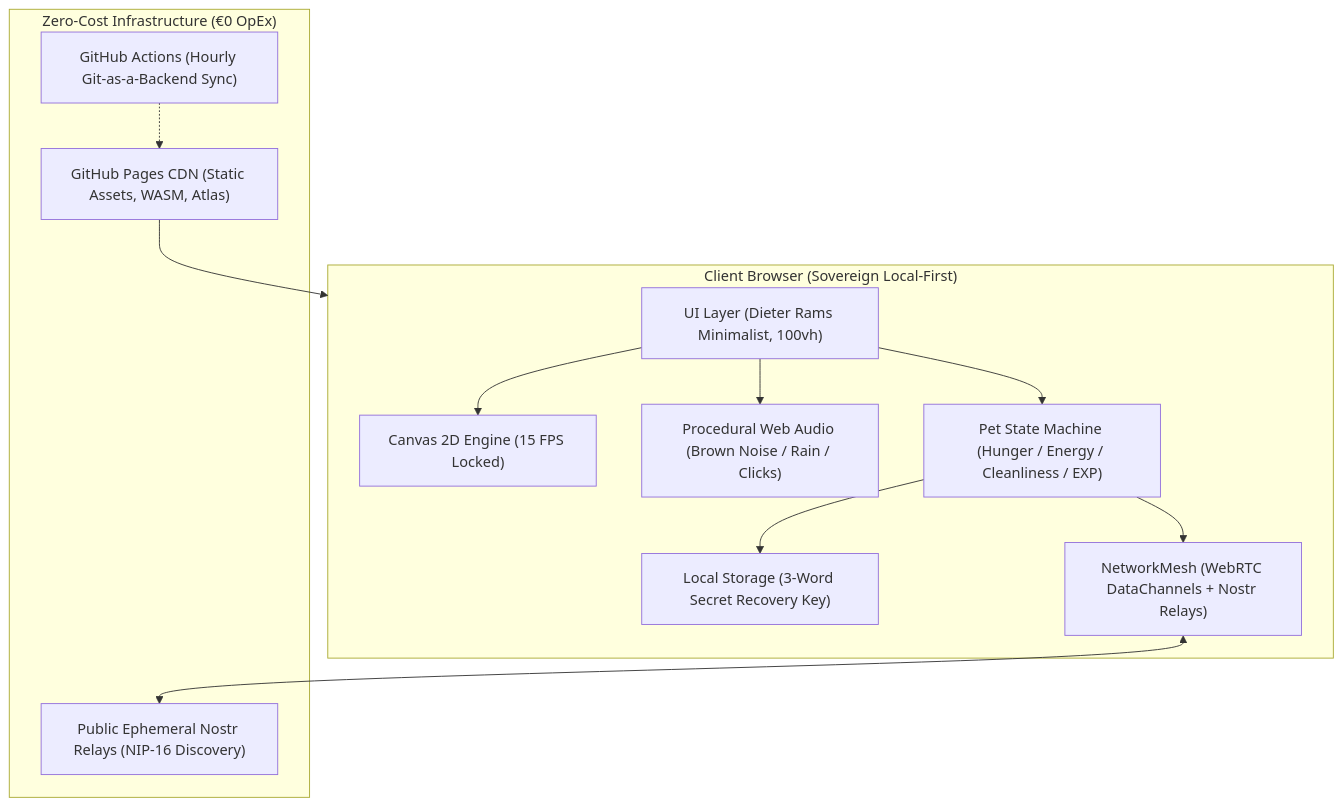
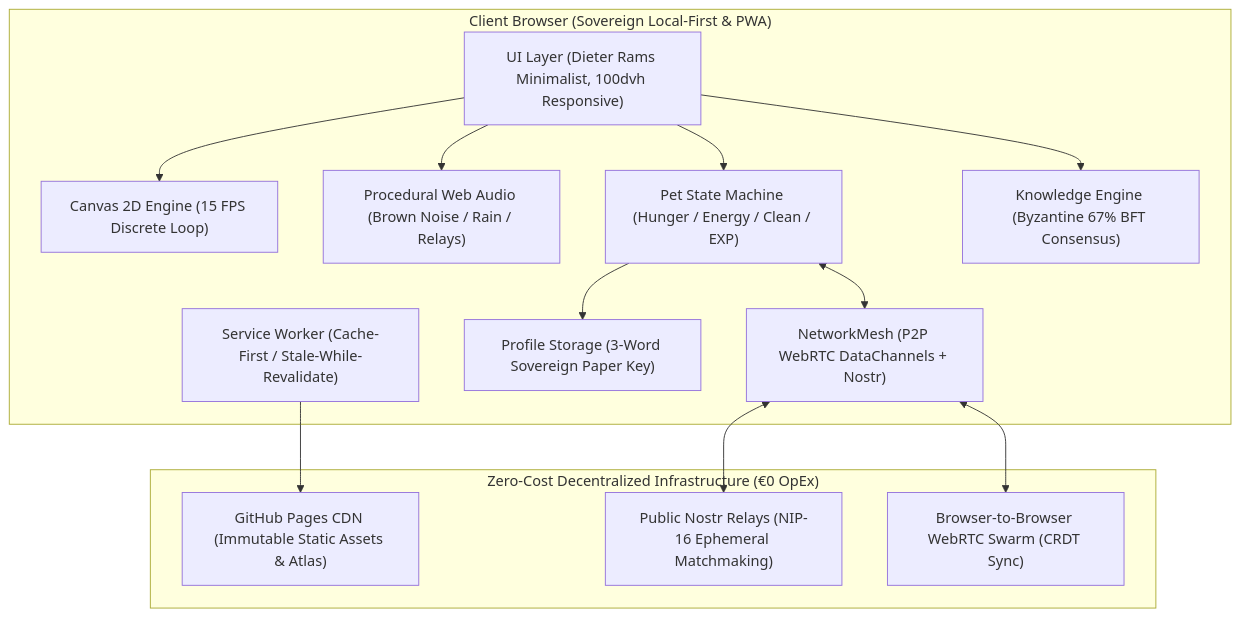
One commit to flillo6/Bibo changed the diagram in README.md. Above: the diagram before and after it, drawn with Mermaid. The commit also changed other lines of this file, not shown here.

Commit message:
docs: enrich README with complete FinOps, BFT consensus, PWA architecture, and proprietary license

````diff
--- a/README.md
+++ b/README.md
@@ -24,26 +26,29 @@
 ```mermaid
 graph TD
-    subgraph Client ["Client Browser (Sovereign Local-First)"]
-        UI["UI Layer (Dieter Rams Minimalist, 100vh)"]
-        CanvasEngine["Canvas 2D Engine (15 FPS Locked)"]
-        AudioSynth["Procedural Web Audio (Brown Noise / Rain / Clicks)"]
-        PetSM["Pet State Machine (Hunger / Energy / Cleanliness / EXP)"]
-        Storage["Local Storage (3-Word Secret Recovery Key)"]
-        Mesh["NetworkMesh (WebRTC DataChannels + Nostr Relays)"]
+    subgraph Client ["Client Browser (Sovereign Local-First & PWA)"]
+        UI["UI Layer (Dieter Rams Minimalist, 100dvh Responsive)"]
+        SW["Service Worker (Cache-First / Stale-While-Revalidate)"]
+        CanvasEngine["Canvas 2D Engine (15 FPS Discrete Loop)"]
+        AudioSynth["Procedural Web Audio (Brown Noise / Rain / Relays)"]
+        PetSM["Pet State Machine (Hunger / Energy / Clean / EXP)"]
+        KnowledgeEngine["Knowledge Engine (Byzantine 67% BFT Consensus)"]
+        Storage["Profile Storage (3-Word Sovereign Paper Key)"]
+        Mesh["NetworkMesh (P2P WebRTC DataChannels + Nostr)"]
     end
 
-    subgraph ZeroCostInfra ["Zero-Cost Infrastructure (€0 OpEx)"]
-        GH_Pages["GitHub Pages CDN (Static Assets, WASM, Atlas)"]
-        GH_Actions["GitHub Actions (Hourly Git-as-a-Backend Sync)"]
-        NostrRelay["Public Ephemeral Nostr Relays (NIP-16 Discovery)"]
+    subgraph ZeroCostInfra ["Zero-Cost Decentralized Infrastructure (€0 OpEx)"]
+        GH_Pages["GitHub Pages CDN (Immutable Static Assets & Atlas)"]
+        NostrRelay["Public Nostr Relays (NIP-16 Ephemeral Matchmaking)"]
+        P2PPeers["Browser-to-Browser WebRTC Swarm (CRDT Sync)"]
     end
 
     UI --> CanvasEngine
     UI --> AudioSynth
     UI --> PetSM
+    UI --> KnowledgeEngine
     PetSM --> Storage
-    PetSM --> Mesh
+    PetSM <--> Mesh
     Mesh <--> NostrRelay
-    GH_Pages --> Client
-    GH_Actions -.-> GH_Pages
+    Mesh <--> P2PPeers
+    SW --> GH_Pages
 ```
````
